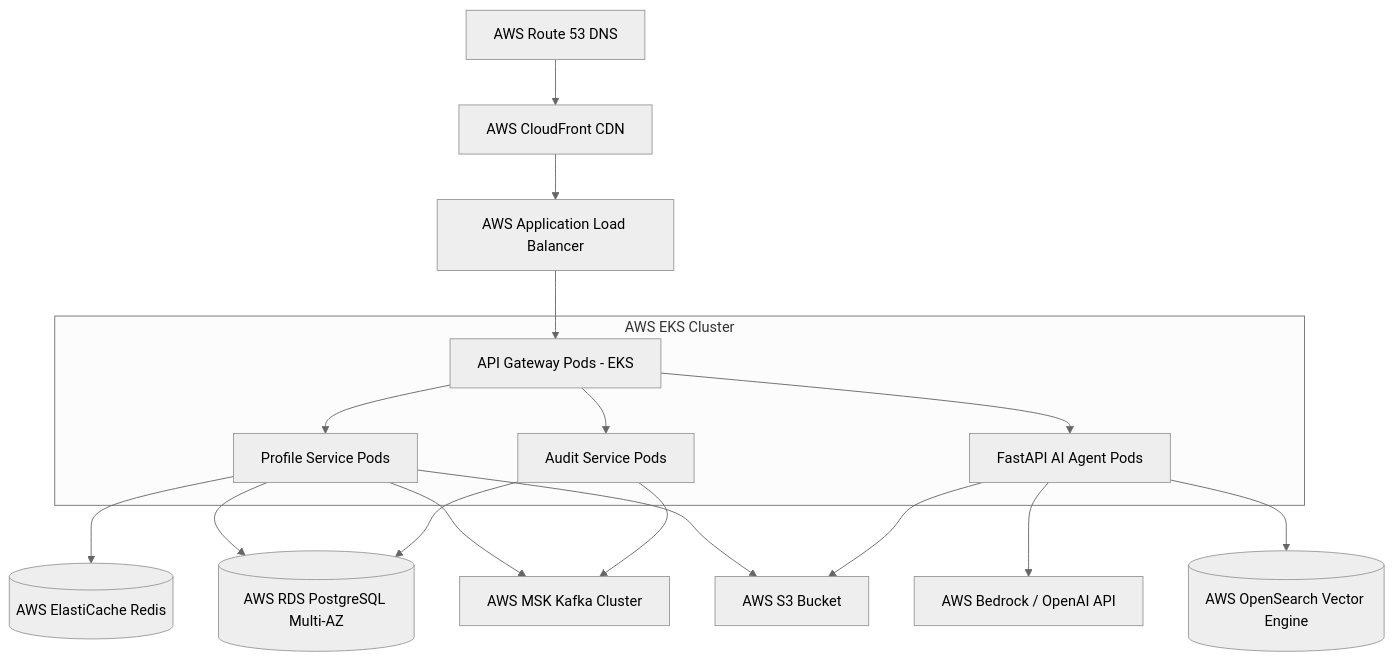
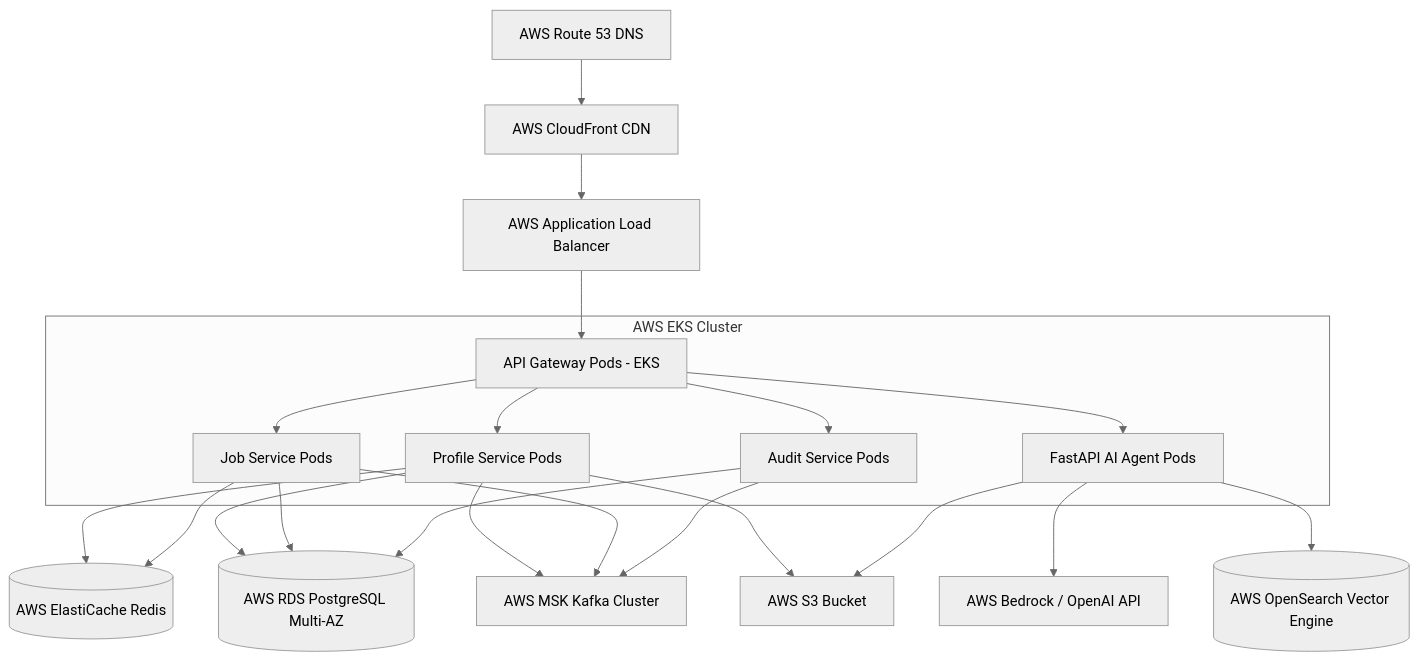
One commit to Himanshuvats179/careeros-platform changed the third of 3 diagrams in ARCHITECTURE.md. Above: the diagram before and after it, drawn with Mermaid (neutral theme). The commit also changed other lines of this file and 1 other file, not shown here.

Commit message:
docs: update root README.md and ARCHITECTURE.md with master system topology and 2-stage RAG AI agent architecture diagrams

````diff
--- a/ARCHITECTURE.md
+++ b/ARCHITECTURE.md
@@ -91,26 +117,30 @@
 ```mermaid
 graph TD
     Route53[AWS Route 53 DNS] --> CloudFront[AWS CloudFront CDN]
     CloudFront --> ALB[AWS Application Load Balancer]
     
     ALB --> GatewayPod[API Gateway Pods - EKS]
     
     subgraph AWS EKS Cluster
         GatewayPod --> ProfilePod[Profile Service Pods]
+        GatewayPod --> JobPod[Job Service Pods]
         GatewayPod --> AuditPod[Audit Service Pods]
         GatewayPod --> AIPod[FastAPI AI Agent Pods]
     end
     
     ProfilePod --> ElastiCache[(AWS ElastiCache Redis)]
+    JobPod --> ElastiCache
     ProfilePod --> RDS[(AWS RDS PostgreSQL Multi-AZ)]
+    JobPod --> RDS
     AuditPod --> RDS
     
     ProfilePod --> MSK[AWS MSK Kafka Cluster]
+    JobPod --> MSK
     AuditPod --> MSK
     
     AIPod --> Bedrock[AWS Bedrock / OpenAI API]
     AIPod --> OpenSearch[(AWS OpenSearch Vector Engine)]
     
     ProfilePod --> S3Bucket[AWS S3 Bucket]
     AIPod --> S3Bucket
 ```
````
